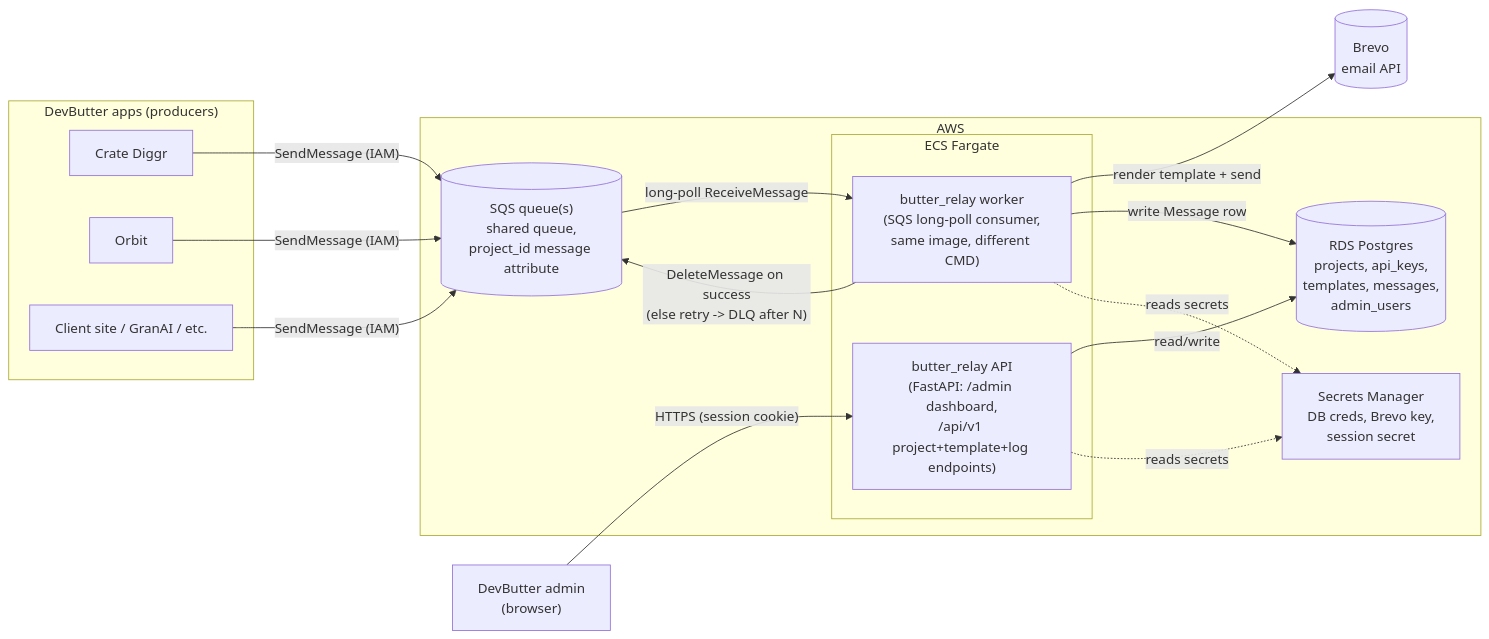
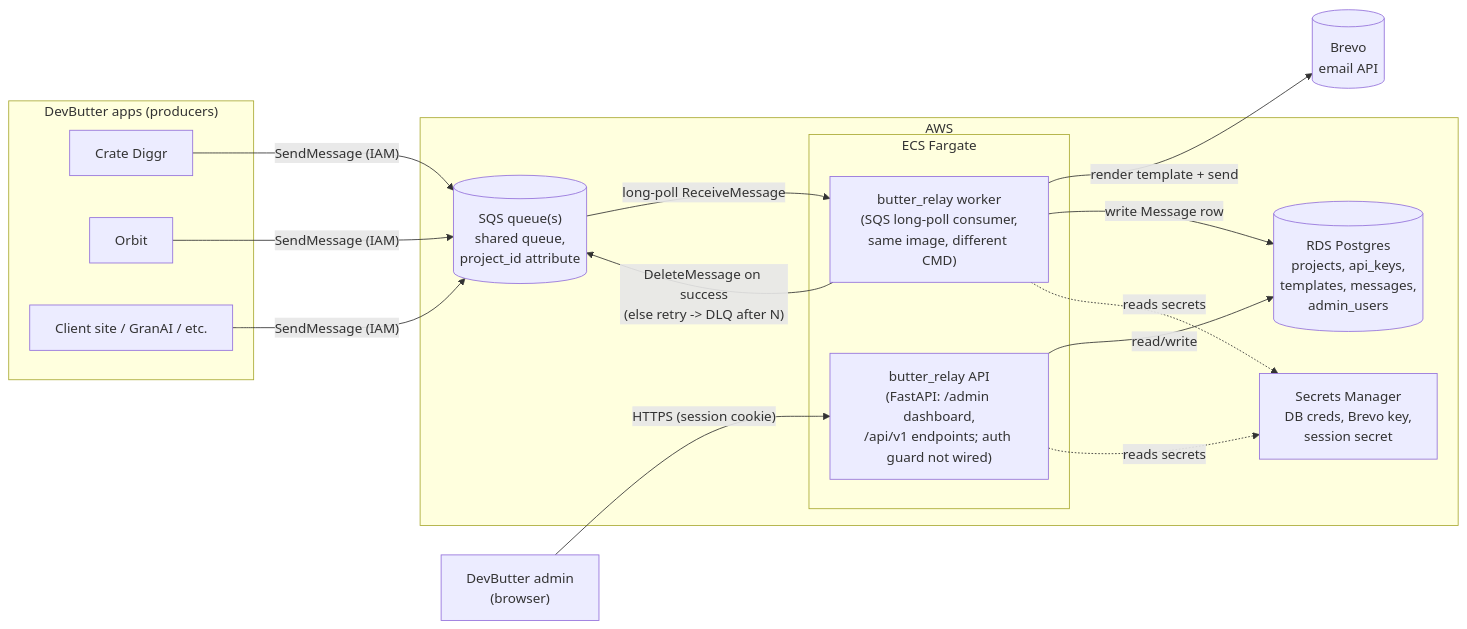
Before and after one commit to acidevbutter/butter_relay: the first of 3 diagrams in README.md, drawn with Mermaid. The commit also changed other lines of this file and 5 other files, not shown here.

Commit message:
feature: document relay flows and release history

````diff
--- a/README.md
+++ b/README.md
@@ -13,33 +18,33 @@
 ```mermaid
 flowchart LR
     subgraph Producers["DevButter apps (producers)"]
         A1[Crate Diggr]
         A2[Orbit]
         A3[Client site / GranAI / etc.]
     end
 
     subgraph AWS["AWS"]
-        SQS[("SQS queue(s)\nshared queue,\nproject_id message attribute")]
+        SQS[("SQS queue(s)\nshared queue,\nproject_id attribute")]
         subgraph ECS["ECS Fargate"]
-            API["butter_relay API\n(FastAPI: /admin dashboard,\n/api/v1 project+template+log endpoints)"]
+            API["butter_relay API\n(FastAPI: /admin dashboard,\n/api/v1 endpoints; auth guard not wired)"]
             Worker["butter_relay worker\n(SQS long-poll consumer,\nsame image, different CMD)"]
         end
         RDS[("RDS Postgres\nprojects, api_keys,\ntemplates, messages,\nadmin_users")]
         SM["Secrets Manager\nDB creds, Brevo key,\nsession secret"]
     end
 
     Brevo[("Brevo\nemail API")]
     Admin["DevButter admin\n(browser)"]
 
     A1 -- "SendMessage (IAM)" --> SQS
     A2 -- "SendMessage (IAM)" --> SQS
     A3 -- "SendMessage (IAM)" --> SQS
     SQS -- "long-poll ReceiveMessage" --> Worker
     Worker -- "render template + send" --> Brevo
     Worker -- "write Message row" --> RDS
     Worker -- "DeleteMessage on success\n(else retry -> DLQ after N)" --> SQS
     Admin -- "HTTPS (session cookie)" --> API
     API -- "read/write" --> RDS
     API -. reads secrets .-> SM
     Worker -. reads secrets .-> SM
 ```
````
